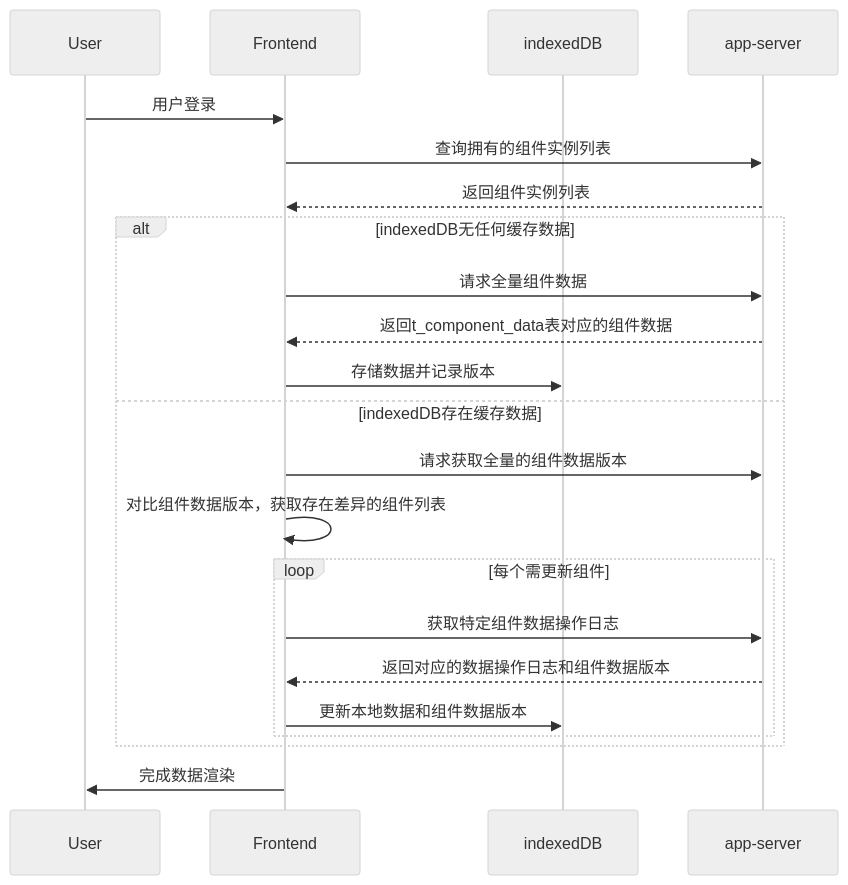
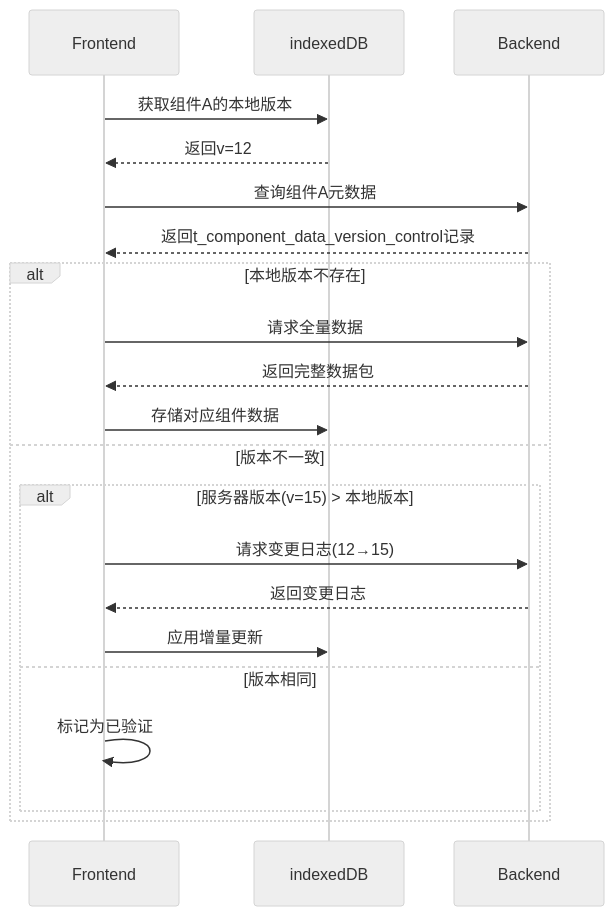
One commit to yingjianzh/iodraw-files changed the diagram in all/未命名-25.md. Above: the diagram before and after it, drawn with Mermaid (neutral theme).

Commit message:
2025-02-25 10:53:55 update

````diff
--- a/all/未命名-25.md
+++ b/all/未命名-25.md
@@ -1,29 +1,29 @@
 ```mermaid
 
 sequenceDiagram
-    participant User
     participant Frontend
     participant indexedDB
-    participant app-server
+    participant Backend
 
 
-    User->>Frontend: 用户登录
-    Frontend->>app-server: 查询拥有的组件实例列表
-    app-server-->>Frontend: 返回组件实例列表
+    Frontend->>indexedDB: 获取组件A的本地版本
+    indexedDB-->>Frontend: 返回v=12
     
-    alt indexedDB无任何缓存数据
-        Frontend->>app-server: 请求全量组件数据
-        app-server-->>Frontend: 返回t_component_data表对应的组件数据
-        Frontend->>indexedDB: 存储数据并记录版本
-    else indexedDB存在缓存数据
-        Frontend->>app-server: 请求获取全量的组件数据版本
-        Frontend->>Frontend: 对比组件数据版本，获取存在差异的组件列表
-        loop 每个需更新组件
-            Frontend->>app-server: 获取特定组件数据操作日志
-            app-server-->>Frontend: 返回对应的数据操作日志和组件数据版本
-            Frontend->>indexedDB: 更新本地数据和组件数据版本
+    Frontend->>Backend: 查询组件A元数据
+    Backend-->>Frontend: 返回t_component_data_version_control记录
+    
+    alt 本地版本不存在
+        Frontend->>Backend: 请求全量数据
+        Backend-->>Frontend: 返回完整数据包
+        Frontend->>indexedDB: 存储对应组件数据
+    else 版本不一致
+        alt 服务器版本(v=15) > 本地版本
+            Frontend->>Backend: 请求变更日志(12→15)
+            Backend-->>Frontend: 返回变更日志
+            Frontend->>indexedDB: 应用增量更新
+        else 版本相同
+            Frontend->>Frontend: 标记为已验证
         end
     end
-    Frontend->>User: 完成数据渲染
 
 ```
````
